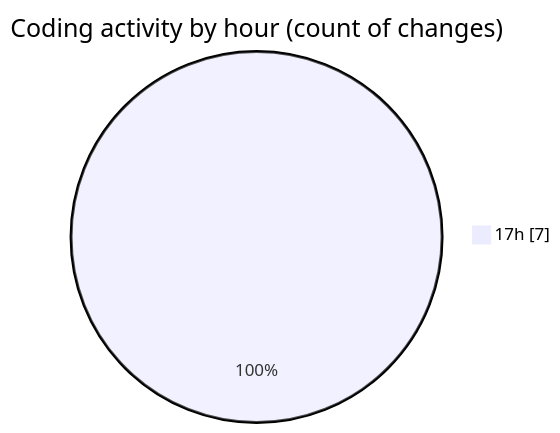
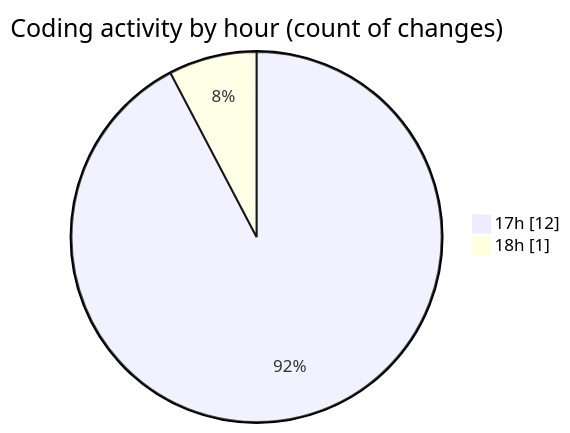
The second of 2 diagrams in 2025-02-16/uber_clone/README.md (donsfak/code-tracking), drawn with Mermaid before and after one commit. The commit also changed other lines of this file and 1 other file, not shown here.

````diff
--- a/2025-02-16/uber_clone/README.md
+++ b/2025-02-16/uber_clone/README.md
@@ -32,5 +36,6 @@
 ```mermaid
 pie showData
 title Coding activity by hour (count of changes)
-"17h" : 7
+"17h" : 12
+"18h" : 1
 ```
````
